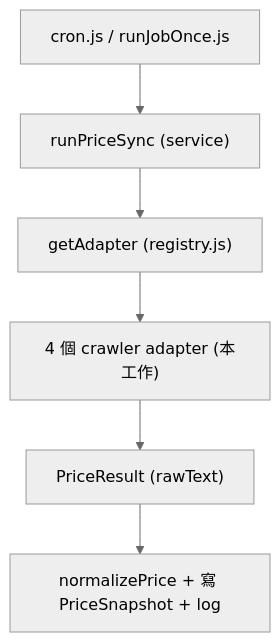
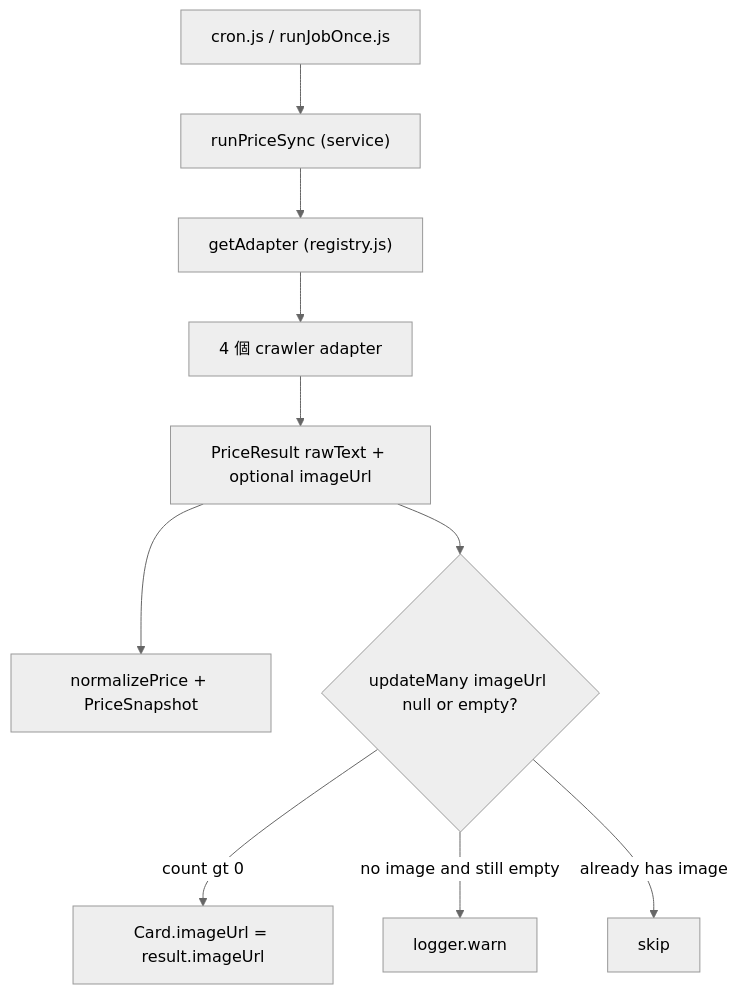
The diagram in apps/api/src/adapters/crawler/docs/crawler_adapter_spec.md (2026-hexschool-nodejs-8/pokemon-card-tracker), drawn with Mermaid (neutral theme) before and after one commit. The commit also changed other lines of this file and 2 other files, not shown here.

Commit message:
fix(api): 以條件 updateMany 寫入 imageUrl，避免同 job 多來源覆寫。

````diff
--- a/apps/api/src/adapters/crawler/docs/crawler_adapter_spec.md
+++ b/apps/api/src/adapters/crawler/docs/crawler_adapter_spec.md
@@ -40,8 +64,12 @@
 ```mermaid
 flowchart TD
   cron["cron.js / runJobOnce.js"] --> sync["runPriceSync (service)"]
   sync --> reg["getAdapter (registry.js)"]
-  reg --> crawlAd["4 個 crawler adapter (本工作)"]
-  crawlAd --> result["PriceResult (rawText)"]
-  result --> clean["normalizePrice + 寫 PriceSnapshot + log"]
+  reg --> crawlAd["4 個 crawler adapter"]
+  crawlAd --> result["PriceResult rawText + optional imageUrl"]
+  result --> clean["normalizePrice + PriceSnapshot"]
+  result --> imgGate{"updateMany imageUrl null or empty?"}
+  imgGate -->|count gt 0| writeImg["Card.imageUrl = result.imageUrl"]
+  imgGate -->|no image and still empty| warnLog["logger.warn"]
+  imgGate -->|already has image| skipImg["skip"]
 ```
````
